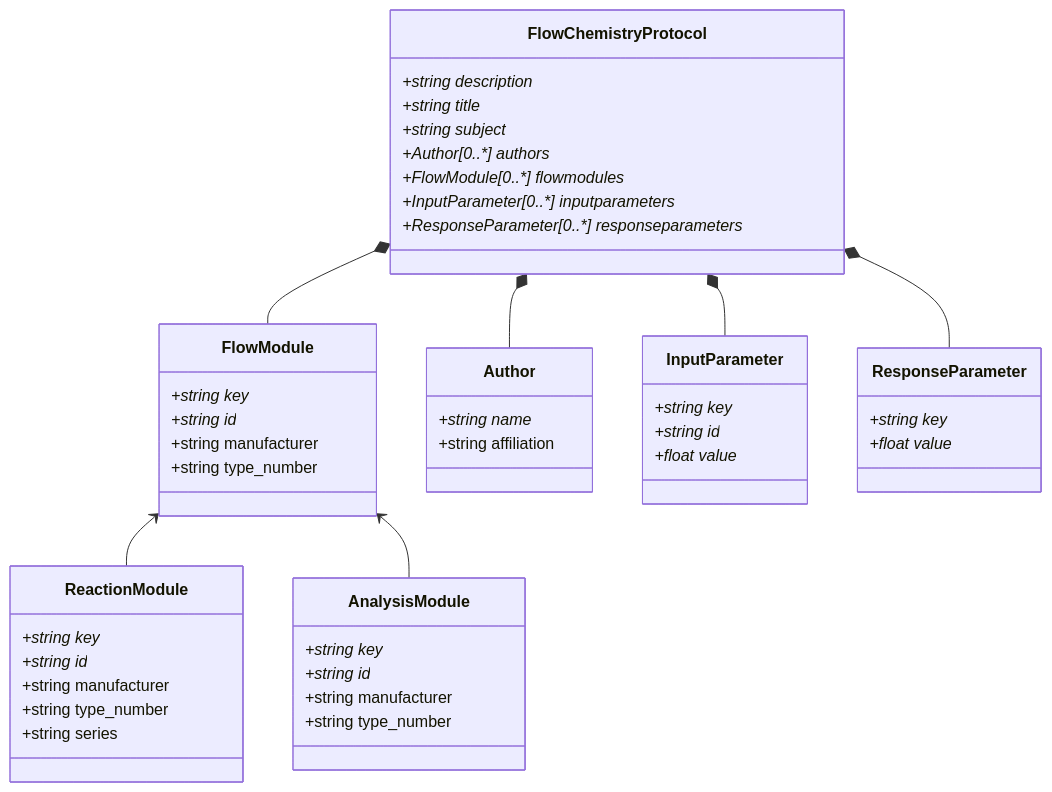
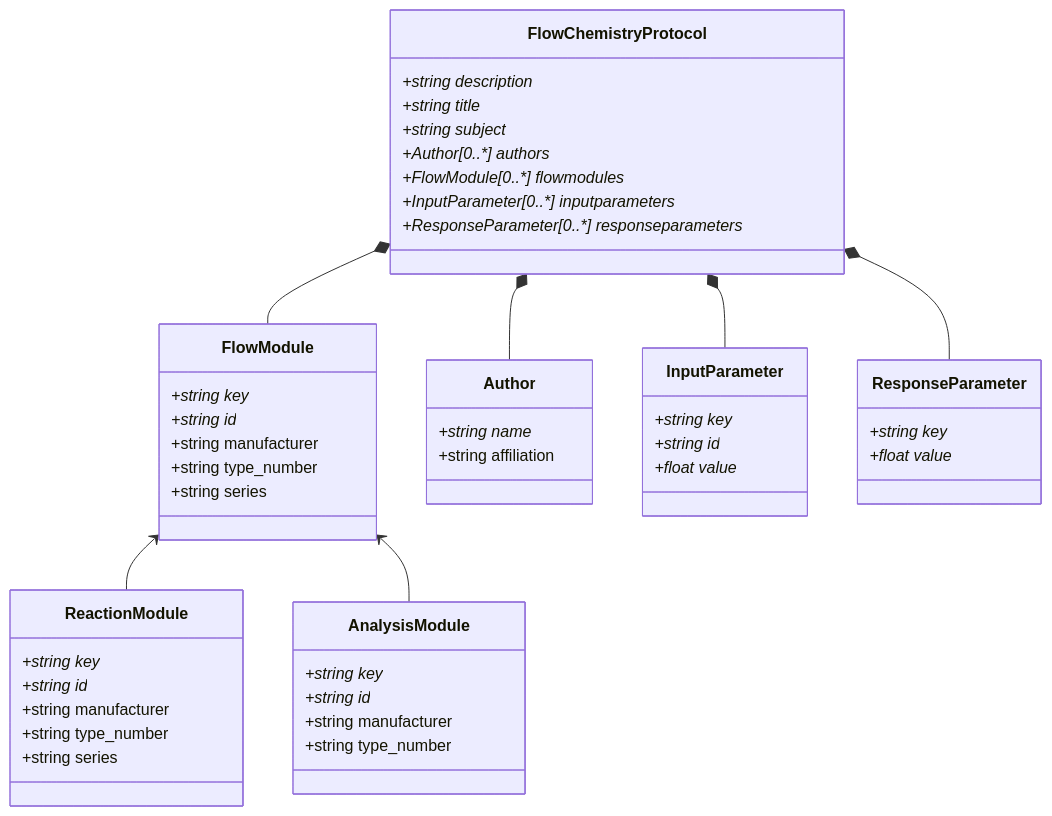
The diagram in pyDataset/schemes/Dataset.md (C-Kessler/sdrdm-flowchem-B2), drawn with Mermaid before and after one commit. The commit also changed 3 other files, not shown here.

````diff
--- a/pyDataset/schemes/Dataset.md
+++ b/pyDataset/schemes/Dataset.md
@@ -1,58 +1,59 @@
 ```mermaid
 classDiagram
     FlowModule <-- ReactionModule
     FlowModule <-- AnalysisModule
     FlowChemistryProtocol *-- Author
     FlowChemistryProtocol *-- FlowModule
     FlowChemistryProtocol *-- InputParameter
     FlowChemistryProtocol *-- ResponseParameter
     
     class FlowChemistryProtocol {
         +string description*
         +string title*
         +string subject*
         +Author[0..*] authors*
         +FlowModule[0..*] flowmodules*
         +InputParameter[0..*] inputparameters*
         +ResponseParameter[0..*] responseparameters*
     }
     
     class Author {
         +string name*
         +string affiliation
     }
     
     class FlowModule {
         +string key*
         +string id*
         +string manufacturer
         +string type_number
+        +string series
     }
     
     class ReactionModule {
         +string key*
         +string id*
         +string manufacturer
         +string type_number
         +string series
     }
     
     class AnalysisModule {
         +string key*
         +string id*
         +string manufacturer
         +string type_number
     }
     
     class InputParameter {
         +string key*
         +string id*
         +float value*
     }
     
     class ResponseParameter {
         +string key*
         +float value*
     }
     
 ```
````
